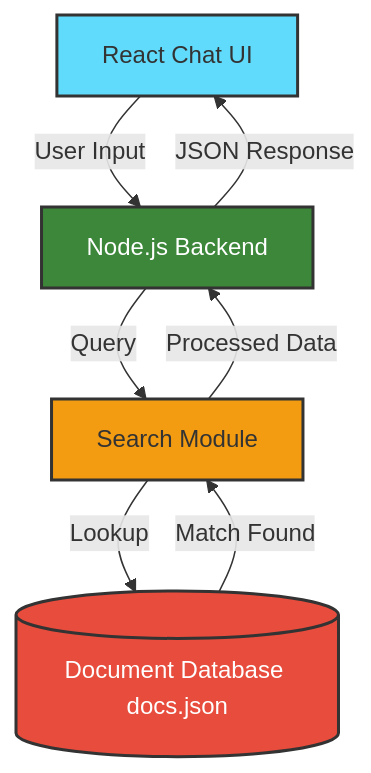
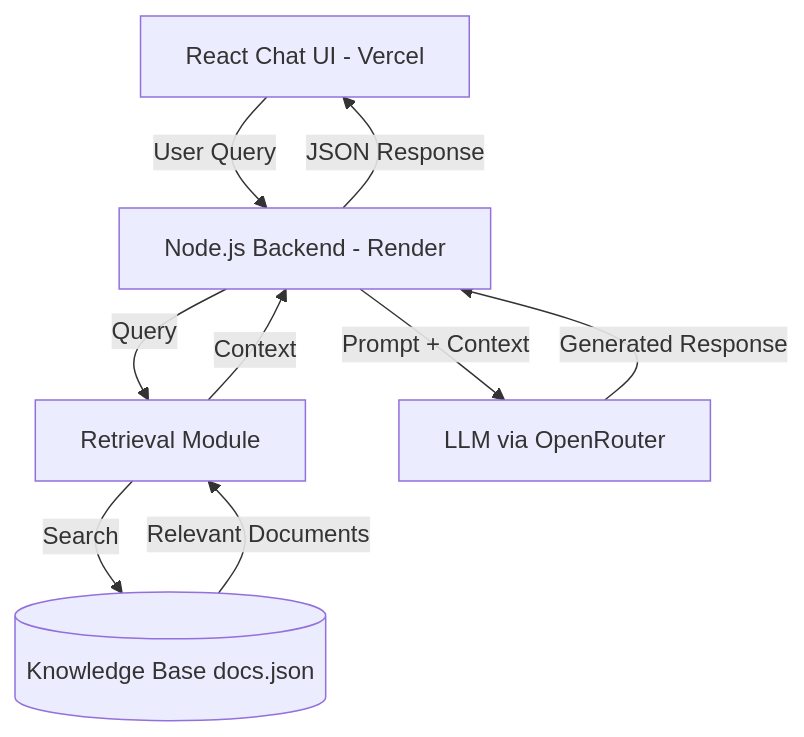
One commit to Ruthwursun/rag-assistant changed the diagram in README.md. Above: the diagram before and after it, drawn with Mermaid. The commit also changed other lines of this file, not shown here.

Commit message:
Update README with deployed RAG architecture

````diff
--- a/README.md
+++ b/README.md
@@ -3,14 +22,11 @@
 ```mermaid
 graph TD
-    A[React Chat UI] -->|User Input| B[Node.js Backend]
-    B -->|Query| C[Search Module]
-    C -->|Lookup| D[(Document Database docs.json)]
-    D -->|Match Found| C
-    C -->|Processed Data| B
+    A[React Chat UI - Vercel] -->|User Query| B[Node.js Backend - Render]
+    B -->|Query| C[Retrieval Module]
+    C -->|Search| D[(Knowledge Base docs.json)]
+    D -->|Relevant Documents| C
+    C -->|Context| B
+    B -->|Prompt + Context| E[LLM via OpenRouter]
+    E -->|Generated Response| B
     B -->|JSON Response| A
-
-    style A fill:#61dbfb,stroke:#333,stroke-width:2px
-    style B fill:#3c873a,stroke:#333,stroke-width:2px,color:#fff
-    style C fill:#f39c12,stroke:#333,stroke-width:2px
-    style D fill:#e74c3c,stroke:#333,stroke-width:2px,color:#fff
 ```
````
